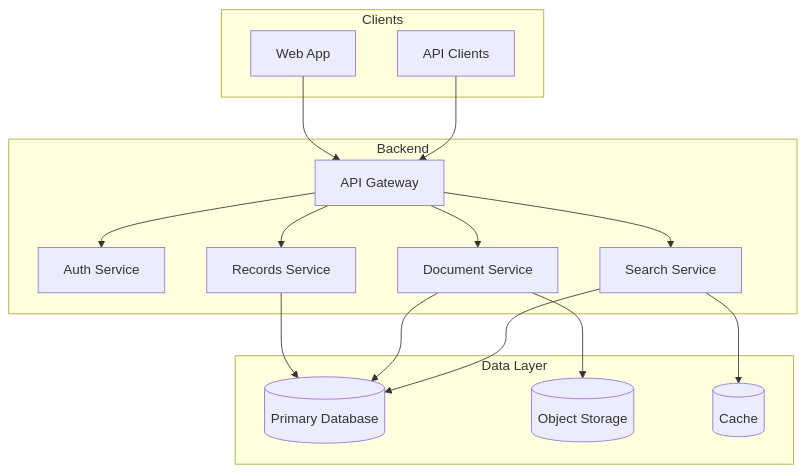
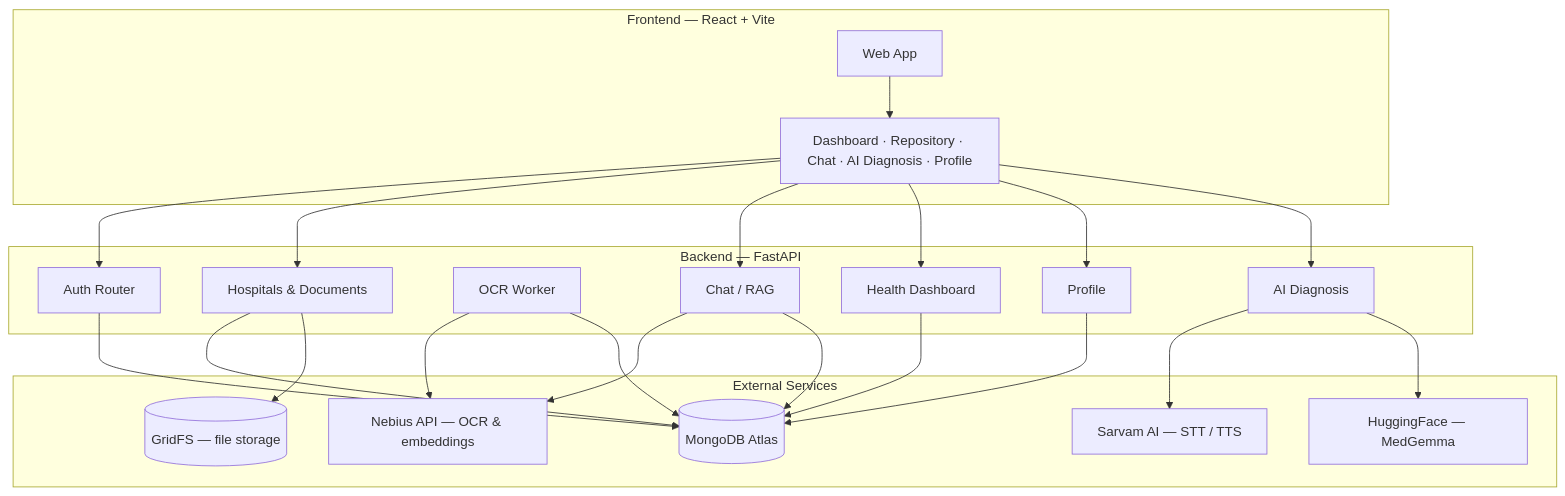
Before and after one commit to SaiPavankumar22/JeevaKosh: the first of 2 diagrams in README.md, drawn with Mermaid. The commit also changed other lines of this file and 11 other files, not shown here.

````diff
--- a/README.md
+++ b/README.md
@@ -53,33 +62,45 @@
 ```mermaid
 flowchart TB
-    subgraph clients [Clients]
-        Web[Web App]
-        API[API Clients]
+    subgraph client [Frontend — React + Vite]
+        UI[Web App]
+        Pages[Dashboard · Repository · Chat · AI Diagnosis · Profile]
     end
 
-    subgraph backend [Backend]
-        Gateway[API Gateway]
-        Auth[Auth Service]
-        Records[Records Service]
-        Docs[Document Service]
-        Search[Search Service]
+    subgraph api [Backend — FastAPI]
+        Auth[Auth Router]
+        Hospitals[Hospitals & Documents]
+        OCR[OCR Worker]
+        Chat[Chat / RAG]
+        Dashboard[Health Dashboard]
+        Profile[Profile]
+        AiDx[AI Diagnosis]
     end
 
-    subgraph data [Data Layer]
-        DB[(Primary Database)]
-        Storage[(Object Storage)]
-        Cache[(Cache)]
+    subgraph external [External Services]
+        MongoDB[(MongoDB Atlas)]
+        GridFS[(GridFS — file storage)]
+        Nebius[Nebius API — OCR & embeddings]
+        Sarvam[Sarvam AI — STT / TTS]
+        HF[HuggingFace — MedGemma]
     end
 
-    Web --> Gateway
-    API --> Gateway
-    Gateway --> Auth
-    Gateway --> Records
-    Gateway --> Docs
-    Gateway --> Search
-    Records --> DB
-    Docs --> Storage
-    Docs --> DB
-    Search --> DB
-    Search --> Cache
+    UI --> Pages
+    Pages --> Auth
+    Pages --> Hospitals
+    Pages --> Chat
+    Pages --> Dashboard
+    Pages --> Profile
+    Pages --> AiDx
+
+    Auth --> MongoDB
+    Hospitals --> MongoDB
+    Hospitals --> GridFS
+    OCR --> Nebius
+    OCR --> MongoDB
+    Chat --> Nebius
+    Chat --> MongoDB
+    Dashboard --> MongoDB
+    Profile --> MongoDB
+    AiDx --> Sarvam
+    AiDx --> HF
 ```
````
